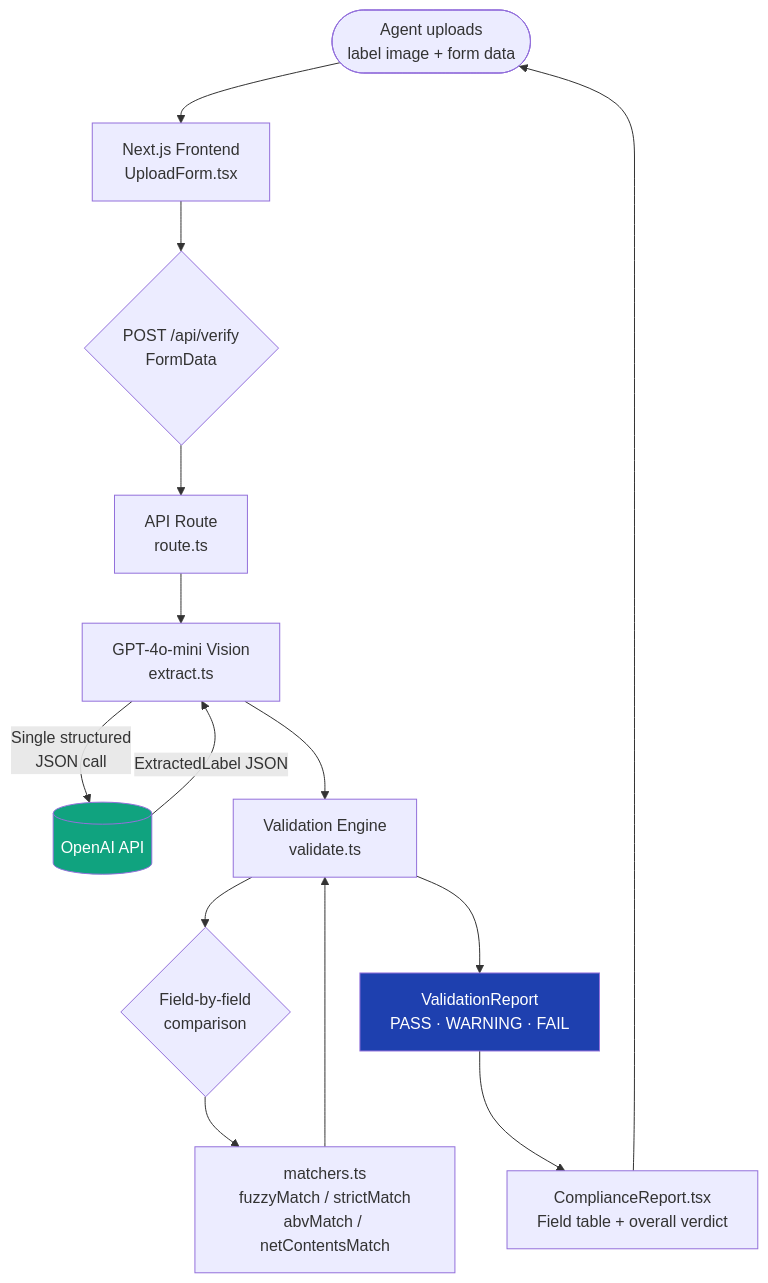
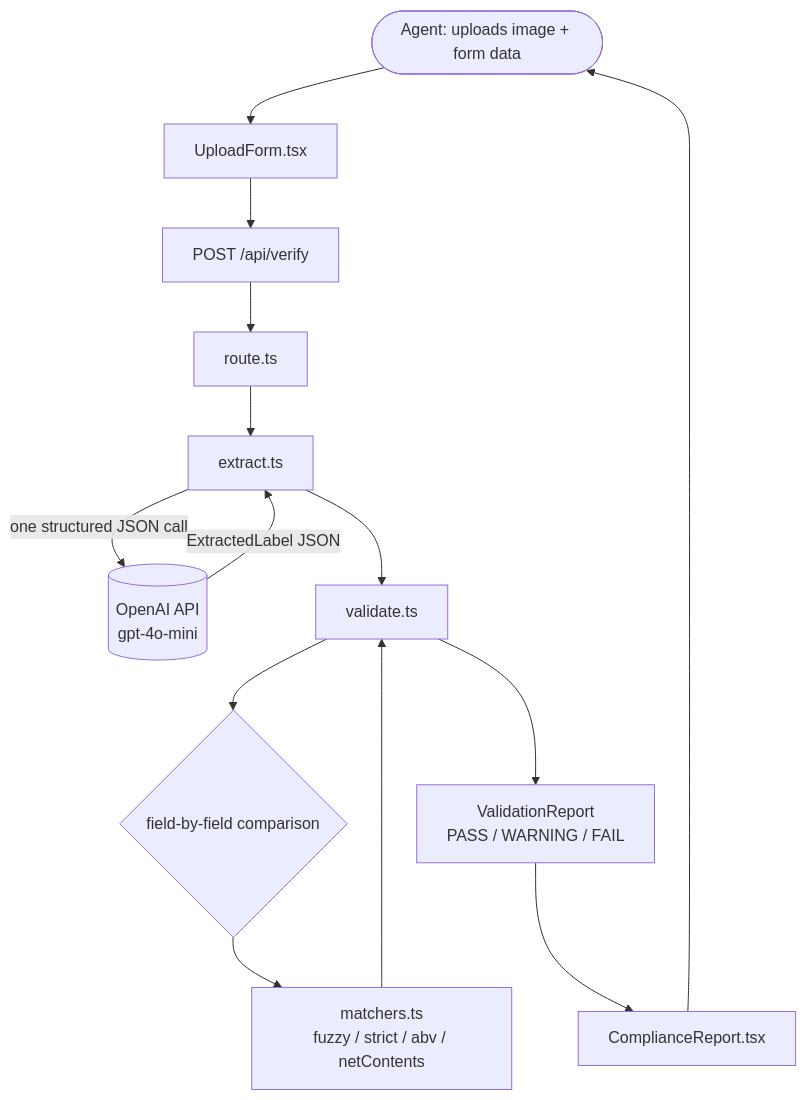
One commit to rosmir/examples changed the diagram in TTB-LabelVerification/README.md. Above: the diagram before and after it, drawn with Mermaid.

Commit message:
fixed SW Architecture diagram display

````diff
--- a/TTB-LabelVerification/README.md
+++ b/TTB-LabelVerification/README.md
@@ -25,19 +25,16 @@
 ```mermaid
 flowchart TD
-    A([Agent uploads\nlabel image + form data]) --> B[Next.js Frontend\nUploadForm.tsx]
-    B --> C{POST /api/verify\nFormData}
-    C --> D[API Route\nroute.ts]
-    D --> E[GPT-4o-mini Vision\nextract.ts]
-    E -->|Single structured\nJSON call| F[(OpenAI API)]
+    A([Agent: uploads image + form data]) --> B[UploadForm.tsx]
+    B --> C[POST /api/verify]
+    C --> D[route.ts]
+    D --> E[extract.ts]
+    E -->|one structured JSON call| F[(OpenAI API<br/>gpt-4o-mini)]
     F -->|ExtractedLabel JSON| E
-    E --> G[Validation Engine\nvalidate.ts]
-    G --> H{Field-by-field\ncomparison}
-    H --> I[matchers.ts\nfuzzyMatch / strictMatch\nabvMatch / netContentsMatch]
+    E --> G[validate.ts]
+    G --> H{field-by-field comparison}
+    H --> I[matchers.ts<br/>fuzzy / strict / abv / netContents]
     I --> G
-    G --> J[ValidationReport\nPASS · WARNING · FAIL]
-    J --> K[ComplianceReport.tsx\nField table + overall verdict]
+    G --> J[ValidationReport<br/>PASS / WARNING / FAIL]
+    J --> K[ComplianceReport.tsx]
     K --> A
-
-    style F fill:#10a37f,color:#fff
-    style J fill:#1e40af,color:#fff
 ```
````
